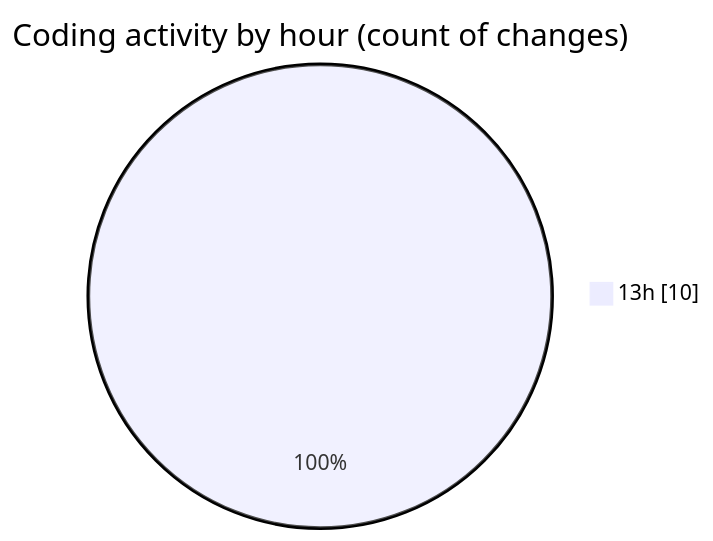
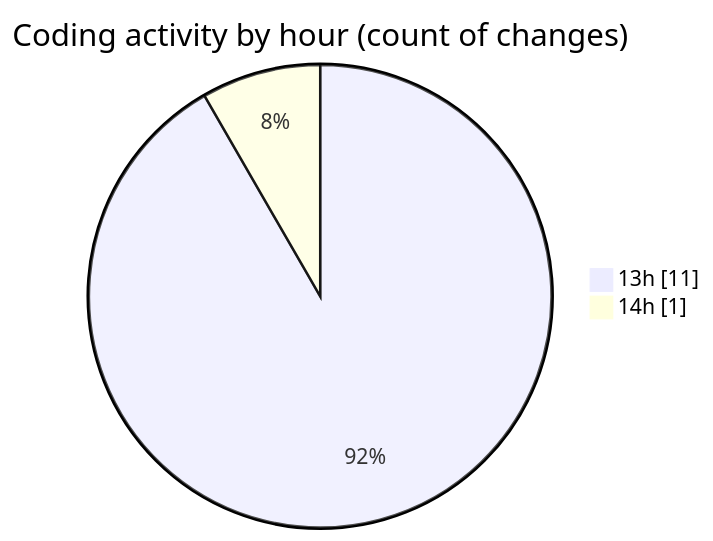
The second of 2 diagrams in 2025-07-22/cnpm/README.md (lephambinh05/code-tracking), drawn with Mermaid before and after one commit. The commit also changed other lines of this file and 1 other file, not shown here.

````diff
--- a/2025-07-22/cnpm/README.md
+++ b/2025-07-22/cnpm/README.md
@@ -33,5 +33,6 @@
 ```mermaid
 pie showData
 title Coding activity by hour (count of changes)
-"13h" : 10
+"13h" : 11
+"14h" : 1
 ```
````
